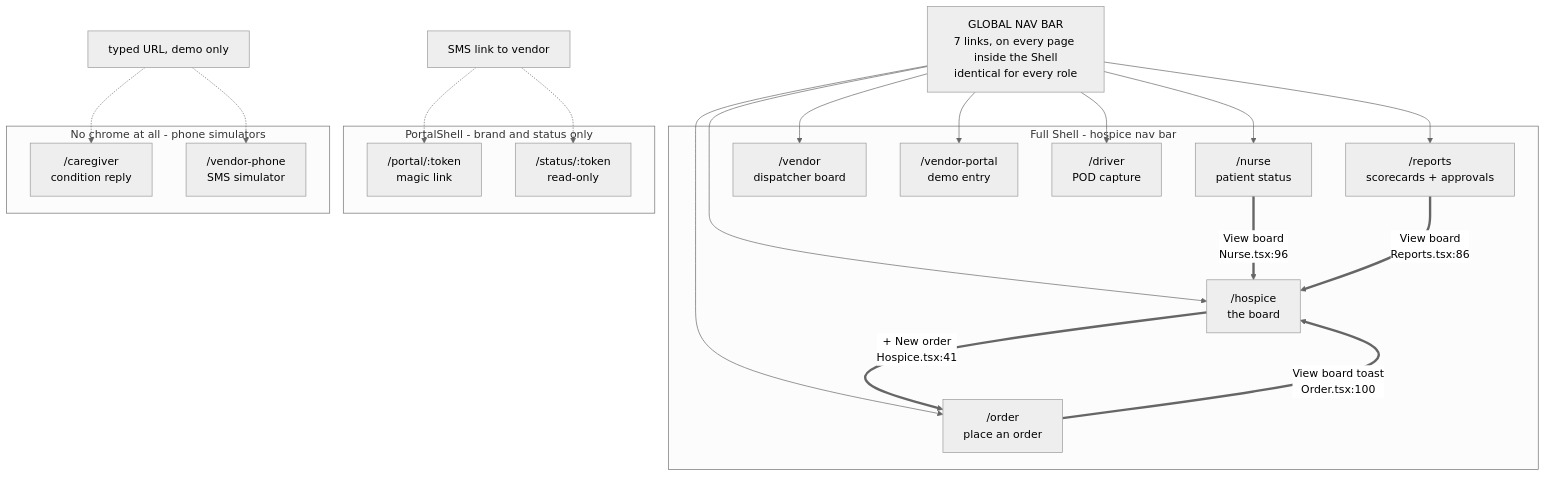
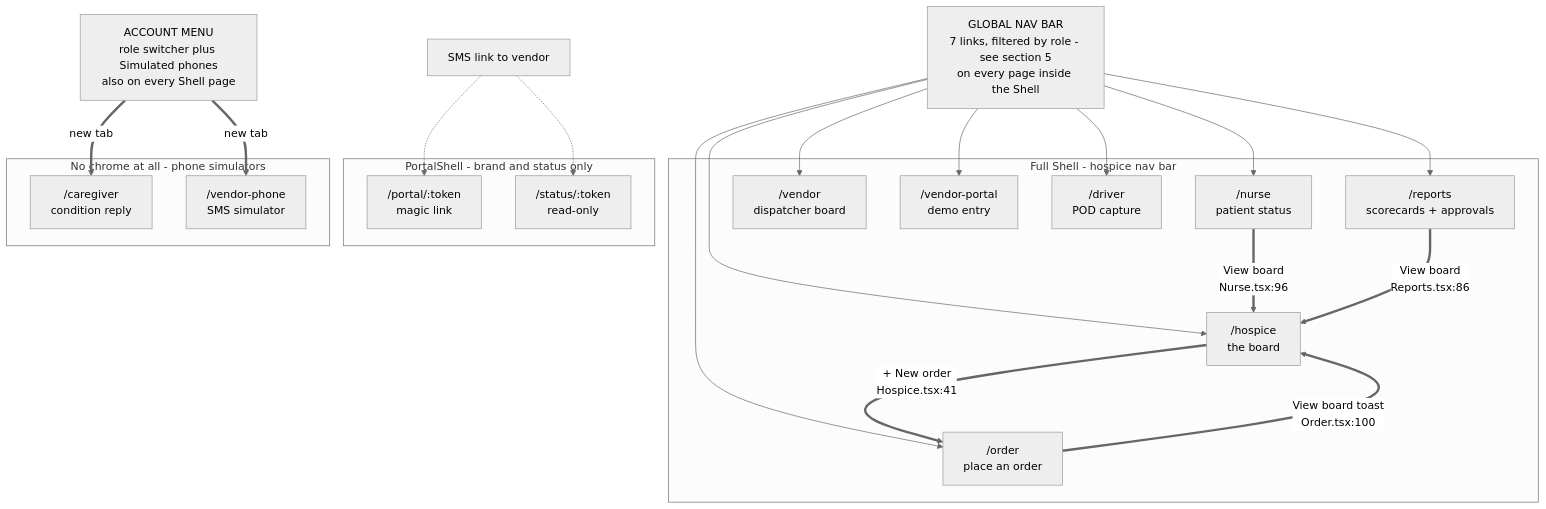
The first of 6 diagrams in docs/UX-FLOWS.md (kr3wangel/betterrx-hackathon-2026), drawn with Mermaid (neutral theme) before and after one commit. The commit also changed other lines of this file and 3 other files, not shown here.

First line of the commit message:
feat(shell): open the vendor and caregiver phones from the account menu

````diff
--- a/docs/UX-FLOWS.md
+++ b/docs/UX-FLOWS.md
@@ -73,42 +78,43 @@
 ```mermaid
 graph TD
-  NAV["GLOBAL NAV BAR<br/>7 links, on every page inside the Shell<br/>identical for every role"]
+  NAV["GLOBAL NAV BAR<br/>7 links, filtered by role - see section 5<br/>on every page inside the Shell"]
+  ACCT["ACCOUNT MENU<br/>role switcher plus Simulated phones<br/>also on every Shell page"]
 
   subgraph Full Shell - hospice nav bar
     BOARD["/hospice<br/>the board"]
     ORDER["/order<br/>place an order"]
     NURSE["/nurse<br/>patient status"]
     REPORTS["/reports<br/>scorecards + approvals"]
     VBOARD["/vendor<br/>dispatcher board"]
     VPORTAL["/vendor-portal<br/>demo entry"]
     DRIVER["/driver<br/>POD capture"]
   end
 
   subgraph PortalShell - brand and status only
     PORTAL["/portal/:token<br/>magic link"]
     VSTATUS["/status/:token<br/>read-only"]
   end
 
   subgraph No chrome at all - phone simulators
     CARE["/caregiver<br/>condition reply"]
     VPHONE["/vendor-phone<br/>SMS simulator"]
   end
 
   NAV --> BOARD
   NAV --> ORDER
   NAV --> NURSE
   NAV --> REPORTS
   NAV --> VBOARD
   NAV --> VPORTAL
   NAV --> DRIVER
 
   BOARD ==>|"+ New order<br/>Hospice.tsx:41"| ORDER
   ORDER ==>|"View board toast<br/>Order.tsx:100"| BOARD
   NURSE ==>|"View board<br/>Nurse.tsx:96"| BOARD
   REPORTS ==>|"View board<br/>Reports.tsx:86"| BOARD
 
   SMS["SMS link to vendor"] -.-> PORTAL
   SMS -.-> VSTATUS
-  TYPED["typed URL, demo only"] -.-> CARE
-  TYPED -.-> VPHONE
+  ACCT ==>|"new tab"| CARE
+  ACCT ==>|"new tab"| VPHONE
 ```
````
